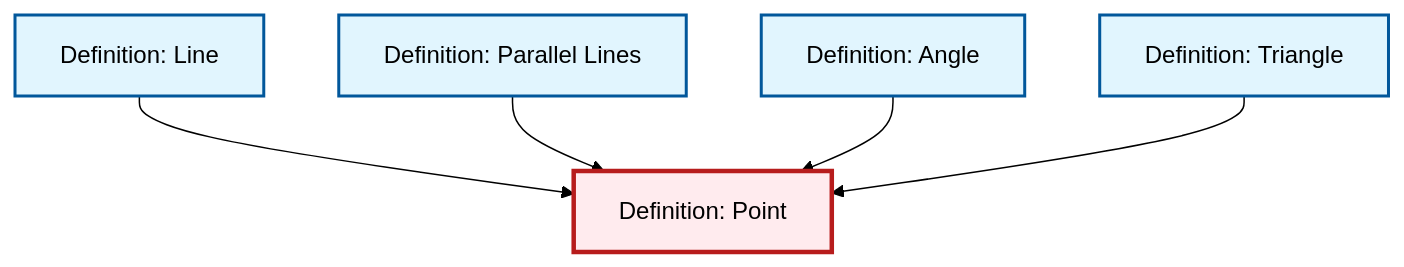
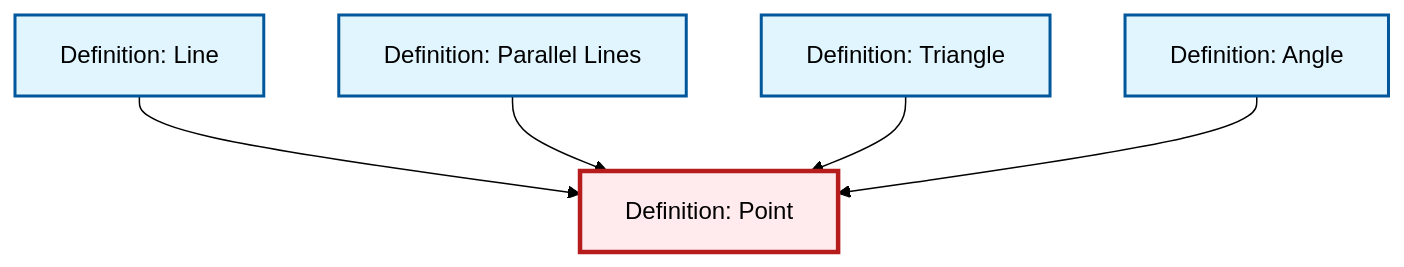
One commit to RK0429/ModernMath changed the diagram in content/ja/geometry/def-point.qmd. Above: the diagram before and after it, drawn with Mermaid (forest theme). The commit also changed other lines of this file and 417 other files, not shown here.

````diff
--- a/content/ja/geometry/def-point.qmd
+++ b/content/ja/geometry/def-point.qmd
@@ -40,23 +40,23 @@
 ```{mermaid}
 %%| fig-cap: "Local dependency graph"
 graph TD
     classDef definition fill:#e1f5fe,stroke:#01579b,stroke-width:2px
     classDef theorem fill:#f3e5f5,stroke:#4a148c,stroke-width:2px
     classDef axiom fill:#fff3e0,stroke:#e65100,stroke-width:2px
     classDef example fill:#e8f5e9,stroke:#1b5e20,stroke-width:2px
     classDef current fill:#ffebee,stroke:#b71c1c,stroke-width:3px
     def-parallel["Definition: Parallel Lines"]:::definition
+    def-line["Definition: Line"]:::definition
+    def-triangle["Definition: Triangle"]:::definition
+    def-angle["Definition: Angle"]:::definition
     def-point["Definition: Point"]:::definition
-    def-triangle["Definition: Triangle"]:::definition
-    def-line["Definition: Line"]:::definition
-    def-angle["Definition: Angle"]:::definition
     def-line --> def-point
     def-parallel --> def-point
+    def-triangle --> def-point
     def-angle --> def-point
-    def-triangle --> def-point
     class def-point current
     click def-parallel "def-parallel.html" "Definition: Parallel Linesへ"
+    click def-line "def-line.html" "Definition: Lineへ"
     click def-triangle "def-triangle.html" "Definition: Triangleへ"
-    click def-line "def-line.html" "Definition: Lineへ"
     click def-angle "def-angle.html" "Definition: Angleへ"
 ```
````
